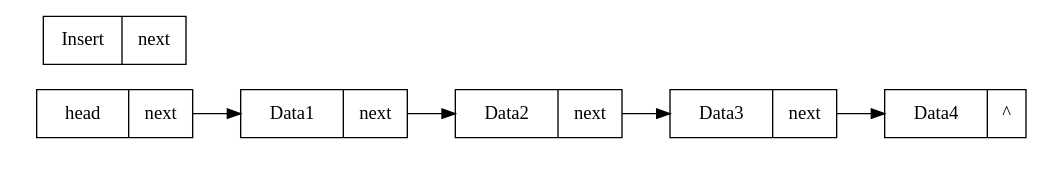
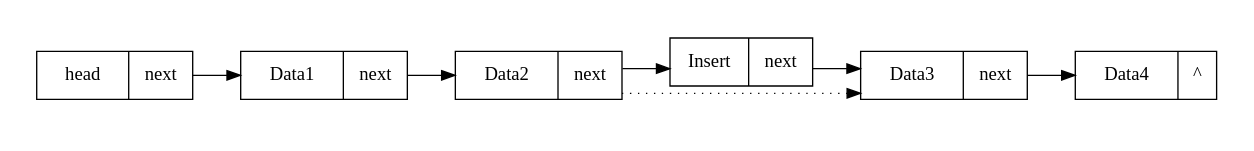
Before and after one commit to Mirasire/icpc-train: the diagram in pic/Graphviz/try.dot, drawn with Graphviz. The commit also changed 2 other files, not shown here.

```diff
--- a/pic/Graphviz/try.dot
+++ b/pic/Graphviz/try.dot
@@ -1,21 +1,23 @@
 
 digraph LinkedList{
     node [shape = record]
-    splines = true;
+    splines = ortho;
     rankdir = LR;
     subgraph cluster_0{
         color = transparent;
         head  [label="{<data>&nbsp; head &nbsp; | <next> next}"]
         node1 [label=" {<data>&nbsp; Data1 &nbsp;| <next> next}"];
         node2 [label=" {<data>&nbsp; Data2 &nbsp;| <next> next}"];
         node3 [label=" {<data>&nbsp; Data3 &nbsp;| <next> next}"];
         node4 [label=" {<data>&nbsp; Data4 &nbsp;| ^ }"];
+        node5 [label=" {<data> Insert | <next>next}"];
 
         head:next->node1:data;
         node1:next->node2:data;
-        node2:next ->node3:data ;
-        node3:next ->node4:data ;
+        node2:next ->node3:data [style = dotted] ;
+        node3:next ->node4:data;
+        node2:next->node5:data;
+        node5:next->node3:data;
     }
 
-    node5 [label=" {<data> Insert | <next>next}"];
 }
```
